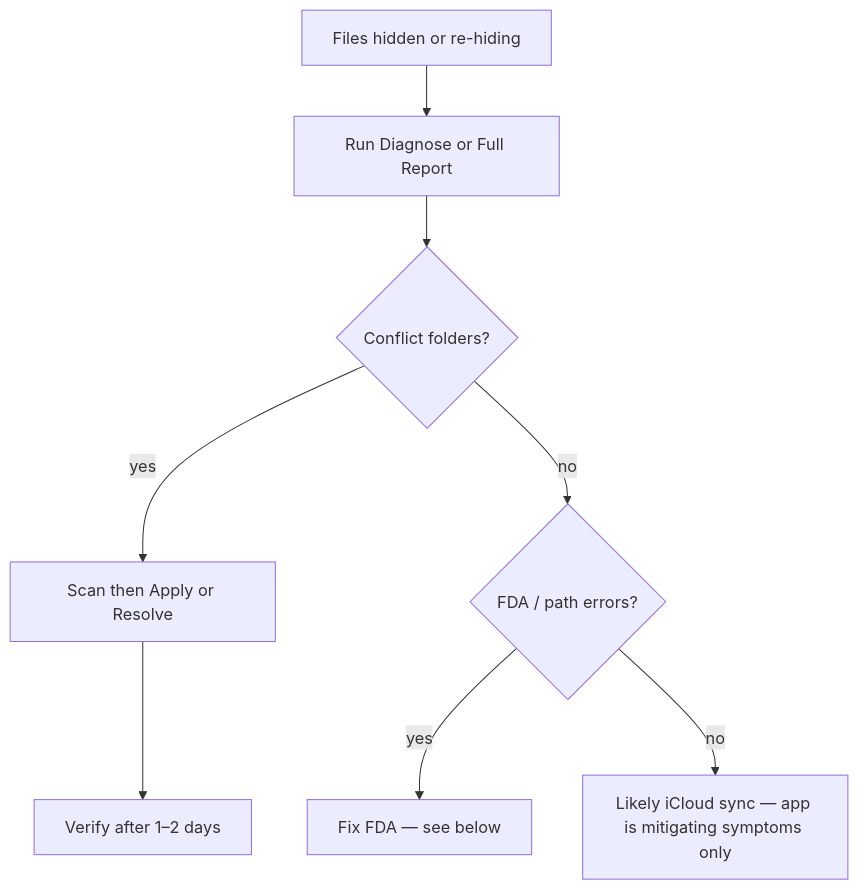
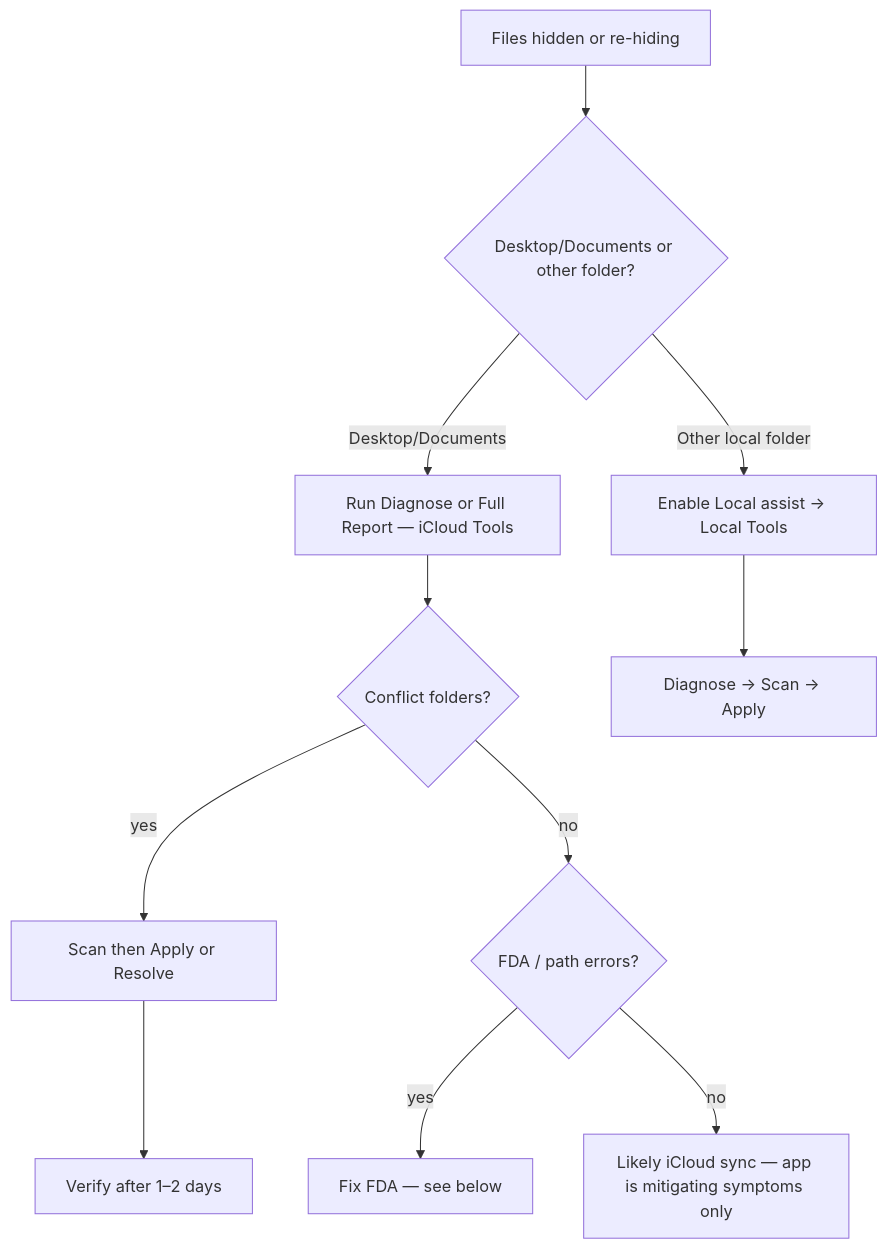
Before and after one commit to roto31/Resurrect: the diagram in docs/troubleshooting.md, drawn with Mermaid. The commit also changed other lines of this file and 9 other files, not shown here.

Commit message:
docs: local hidden file assist guides and flow diagrams (v1.3.0).

````diff
--- a/docs/troubleshooting.md
+++ b/docs/troubleshooting.md
@@ -5,10 +5,13 @@
 ```mermaid
 flowchart TD
-  A[Files hidden or re-hiding] --> B[Run Diagnose or Full Report]
+  A[Files hidden or re-hiding] --> Where{Desktop/Documents or other folder?}
+  Where -->|Desktop/Documents| B[Run Diagnose or Full Report — iCloud Tools]
+  Where -->|Other local folder| L[Enable Local assist → Local Tools]
   B --> C{Conflict folders?}
   C -->|yes| D[Scan then Apply or Resolve]
   C -->|no| E{FDA / path errors?}
   E -->|yes| F[Fix FDA — see below]
   E -->|no| G[Likely iCloud sync — app is mitigating symptoms only]
+  L --> LD[Diagnose → Scan → Apply]
   D --> H[Verify after 1–2 days]
 ```
````
